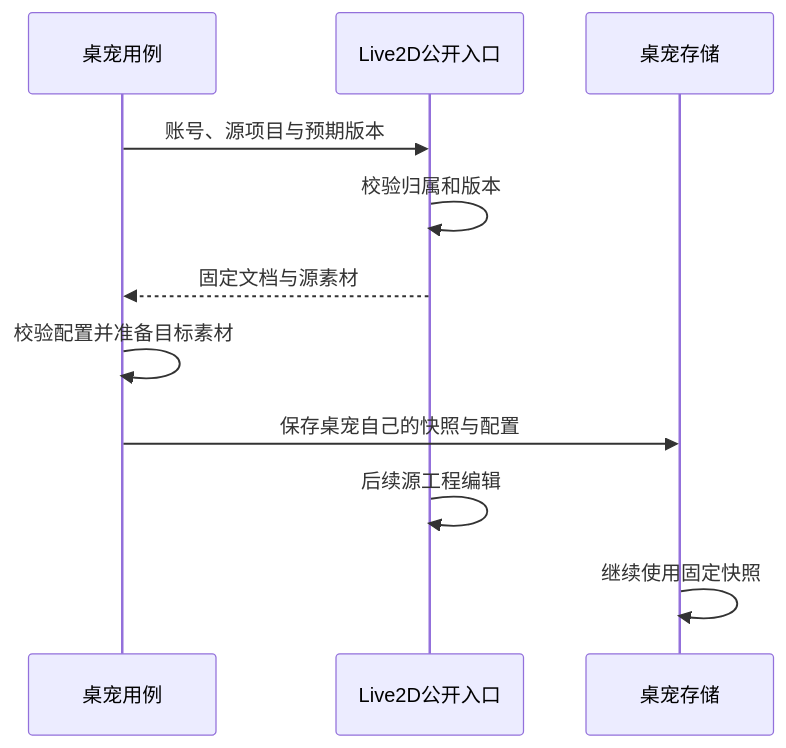
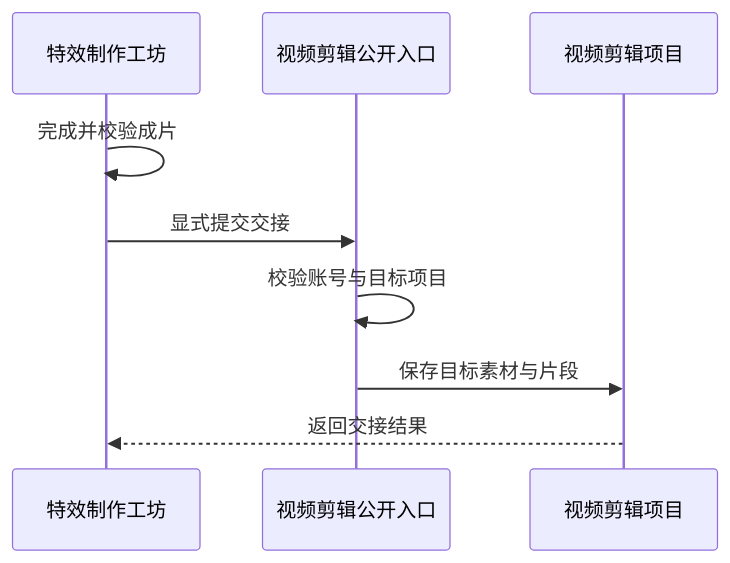
One commit to EmiyaredA/Future-Props-Lab changed the diagram in web/src/features/thought-workshop/official/content/technical/app-handoffs.md. Above: the diagram before and after it, drawn with Mermaid. The commit also changed other lines of this file and 595 other files, not shown here.

````diff
--- a/web/src/features/thought-workshop/official/content/technical/app-handoffs.md
+++ b/web/src/features/thought-workshop/official/content/technical/app-handoffs.md
@@ -23,13 +21,11 @@
 ```mermaid
 sequenceDiagram
-  participant P as 桌宠用例
-  participant L as Live2D公开入口
-  participant S as 桌宠存储
-  P->>L: 账号、源项目与预期版本
-  L->>L: 校验归属和版本
-  L-->>P: 固定文档与源素材
-  P->>P: 校验配置并准备目标素材
-  P->>S: 保存桌宠自己的快照与配置
-  L->>L: 后续源工程编辑
-  S->>S: 继续使用固定快照
+  participant M as 特效制作工坊
+  participant P as 视频剪辑公开入口
+  participant V as 视频剪辑项目
+  M->>M: 完成并校验成片
+  M->>P: 显式提交交接
+  P->>P: 校验账号与目标项目
+  P->>V: 保存目标素材与片段
+  V-->>M: 返回交接结果
 ```
````
